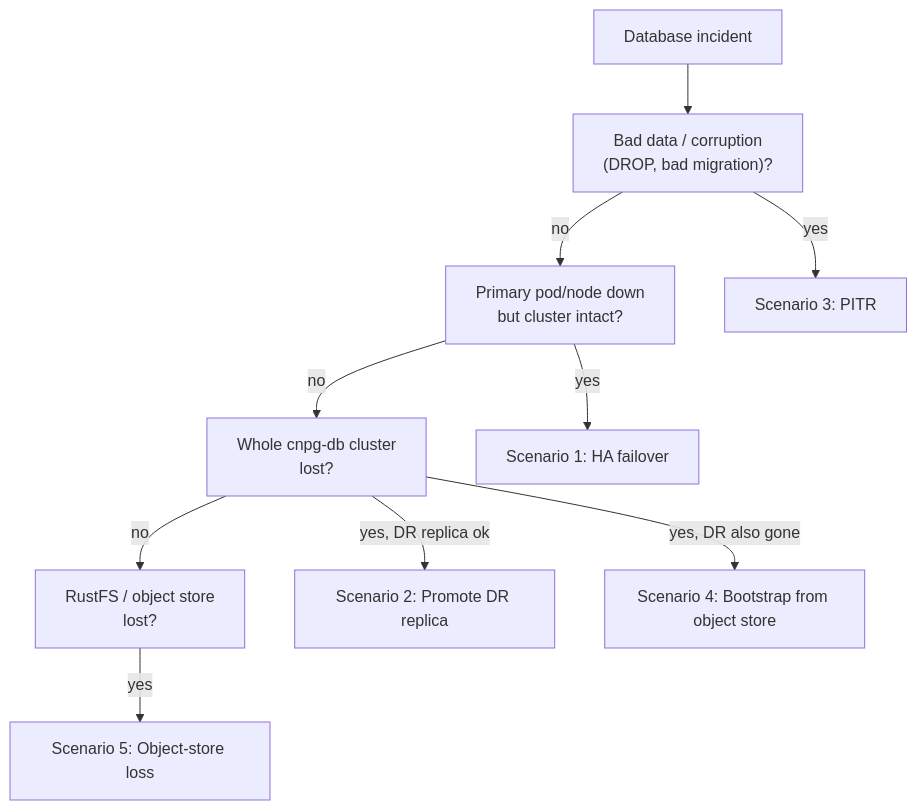
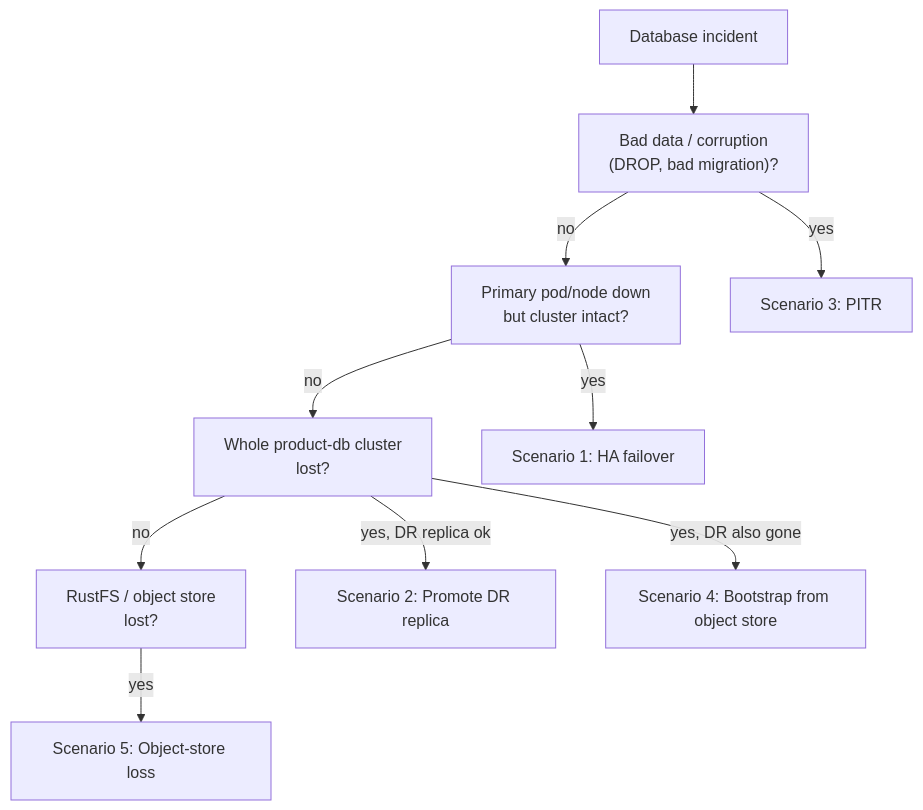
The diagram in docs/databases/010.4-emergency-recovery.md (duynhlab/homelab), drawn with Mermaid before and after one commit. The commit also changed other lines of this file and 15 other files, not shown here.

````diff
--- a/docs/databases/010.4-emergency-recovery.md
+++ b/docs/databases/010.4-emergency-recovery.md
@@ -32,18 +32,18 @@
 ```mermaid
 flowchart TB
   start["Database incident"]
   bad["Bad data / corruption\n(DROP, bad migration)?"]
   primaryDown["Primary pod/node down\nbut cluster intact?"]
-  clusterLost["Whole cnpg-db cluster\nlost?"]
+  clusterLost["Whole product-db cluster\nlost?"]
   storeLost["RustFS / object store\nlost?"]
 
   start --> bad
   bad -->|"yes"| s3["Scenario 3: PITR"]
   bad -->|"no"| primaryDown
   primaryDown -->|"yes"| s1["Scenario 1: HA failover"]
   primaryDown -->|"no"| clusterLost
   clusterLost -->|"yes, DR replica ok"| s2["Scenario 2: Promote DR replica"]
   clusterLost -->|"yes, DR also gone"| s4["Scenario 4: Bootstrap from object store"]
   clusterLost -->|"no"| storeLost
   storeLost -->|"yes"| s5["Scenario 5: Object-store loss"]
 ```
````
